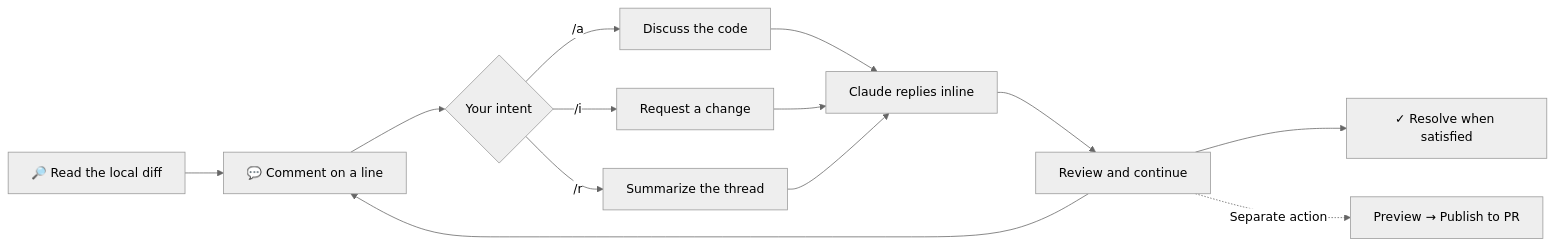
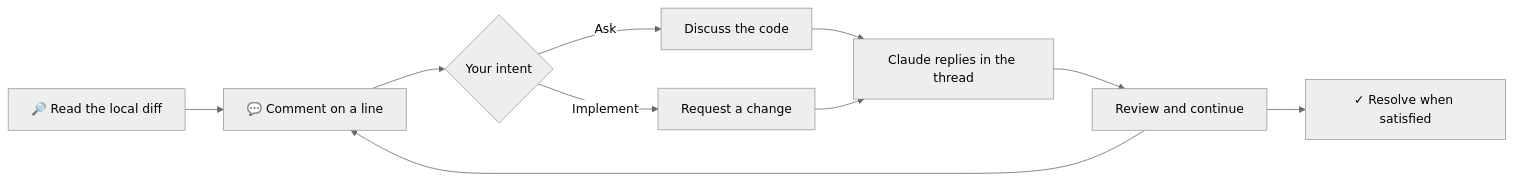
Before and after one commit to kaiketsu-labs/diffguide: the first of 2 diagrams in README.md, drawn with Mermaid (neutral theme). The commit also changed other lines of this file and 87 other files, not shown here.

````diff
--- a/README.md
+++ b/README.md
@@ -60,13 +57,11 @@
 ```mermaid
 flowchart LR
     A["🔎 Read the local diff"] --> B["💬 Comment on a line"]
     B --> C{"Your intent"}
-    C -->|"/a"| D["Discuss the code"]
-    C -->|"/i"| E["Request a change"]
-    C -->|"/r"| F["Summarize the thread"]
-    D & E & F --> G["Claude replies inline"]
+    C -->|"Ask"| D["Discuss the code"]
+    C -->|"Implement"| E["Request a change"]
+    D & E --> G["Claude replies in the thread"]
     G --> H["Review and continue"]
     H --> B
     H --> I["✓ Resolve when satisfied"]
-    H -. "Separate action" .-> J["Preview → Publish to PR"]
 ```
````
